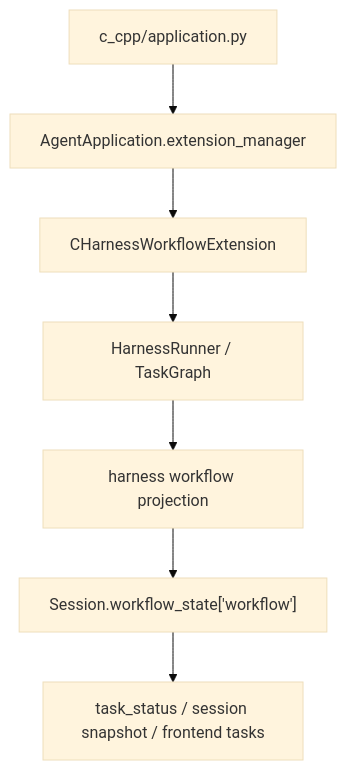
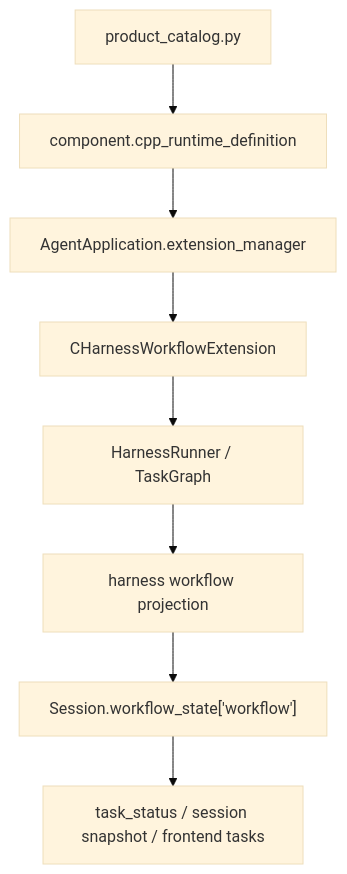
The diagram in docs/modules/harness.md (czh869452912/ccode-win7), drawn with Mermaid (base theme) before and after one commit. The commit also changed other lines of this file and 17 other files, not shown here.

Commit message:
docs: close phase 7c architecture convergence

````diff
--- a/docs/modules/harness.md
+++ b/docs/modules/harness.md
@@ -65,9 +66,10 @@
 ```mermaid
 flowchart TD
-    A["c_cpp/application.py"] --> B["AgentApplication.extension_manager"]
-    B --> C["CHarnessWorkflowExtension"]
-    C --> D["HarnessRunner / TaskGraph"]
-    D --> E["harness workflow projection"]
-    E --> F["Session.workflow_state['workflow']"]
-    F --> G["task_status / session snapshot / frontend tasks"]
+    A["product_catalog.py"] --> B["component.cpp_runtime_definition"]
+    B --> C["AgentApplication.extension_manager"]
+    C --> D["CHarnessWorkflowExtension"]
+    D --> E["HarnessRunner / TaskGraph"]
+    E --> F["harness workflow projection"]
+    F --> G["Session.workflow_state['workflow']"]
+    G --> H["task_status / session snapshot / frontend tasks"]
 ```
````
